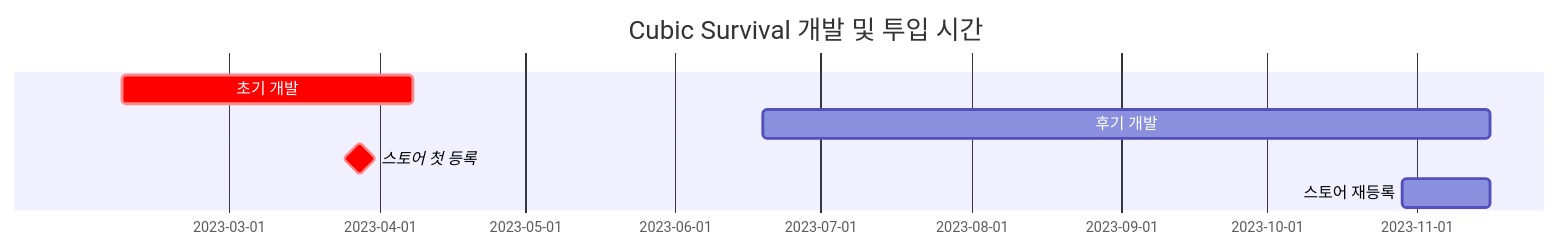
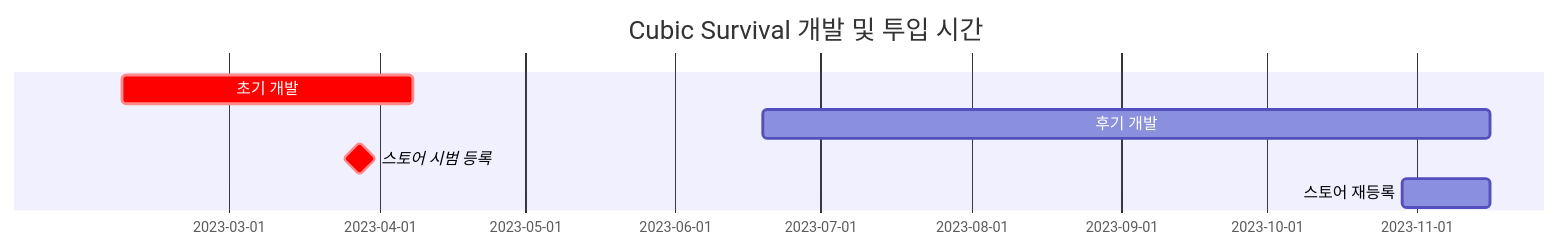
One commit to hyngng/hynrng.github.io changed the diagram in _posts/ko-KR/프로그래밍/마일스톤/2023-12-22-palette-planning.md. Above: the diagram before and after it, drawn with Mermaid. The commit also changed 7 other files, not shown here.

````diff
--- a/_posts/ko-KR/프로그래밍/마일스톤/2023-12-22-palette-planning.md
+++ b/_posts/ko-KR/프로그래밍/마일스톤/2023-12-22-palette-planning.md
@@ -34,8 +34,8 @@
 ```mermaid
 gantt
     title Cubic Survival 개발 및 투입 시간
     초기 개발: crit, 2023-02-07, 60d
     후기 개발: a1, 2023-06-19, 150d
-    스토어 첫 등록: crit, milestone, 2023-03-28, 0d
+    스토어 시범 등록: crit, milestone, 2023-03-28, 0d
     스토어 재등록: a3, 2023-10-29, 18d
 ```
````
